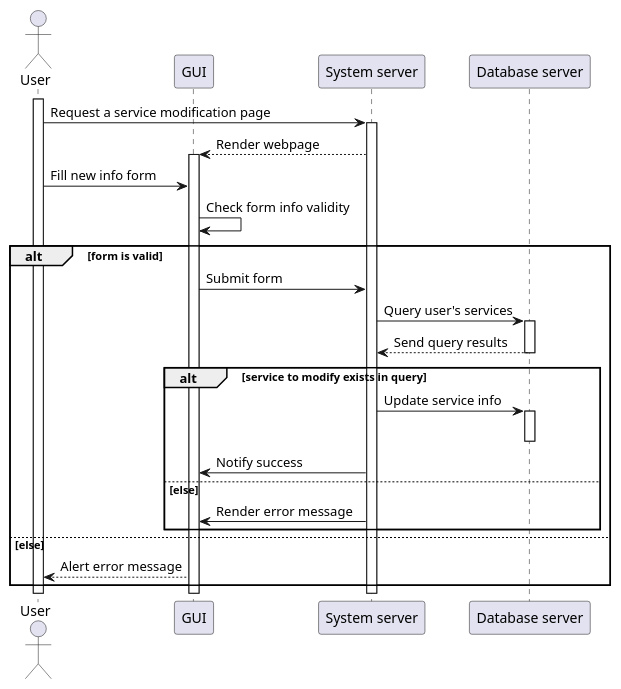
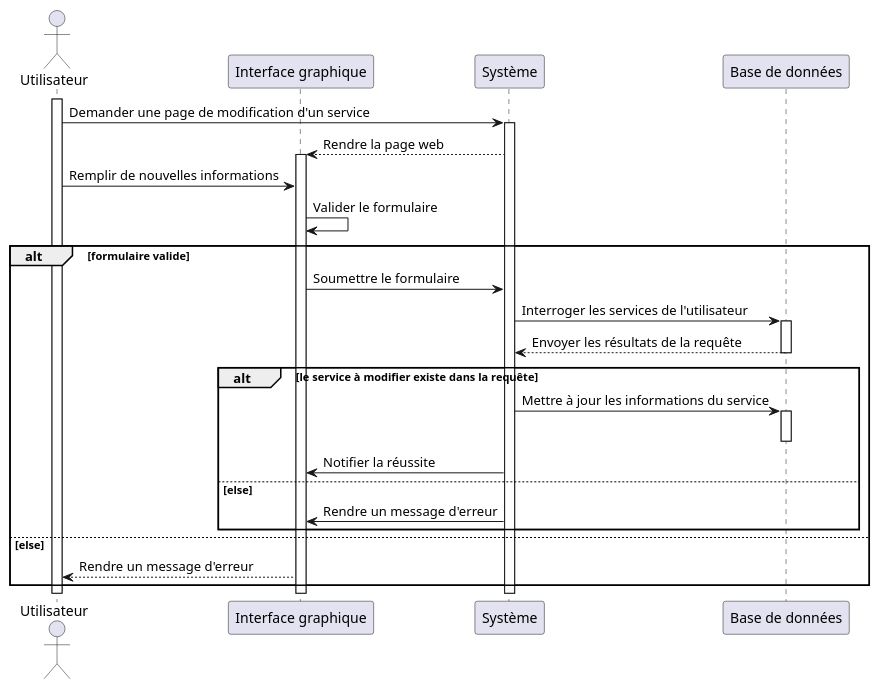
The sixth of 6 diagrams in rapport/uml/plantuml/sequence.pu (techguyseli/touristy), drawn with PlantUML before and after one commit. The commit also changed other lines of this file and 10 other files, not shown here.

Commit message:
fixed all uml

```diff
--- a/rapport/uml/plantuml/sequence.pu
+++ b/rapport/uml/plantuml/sequence.pu
@@ -135,30 +139,30 @@
 @startuml modify_personnal_service
-actor User as usr
-participant "GUI" as fr
-participant "System server" as sys
-participant "Database server" as db
+actor Utilisateur as usr
+participant "Interface graphique" as fr
+participant "Système" as sys
+participant "Base de données" as db
 activate usr
-usr -> sys : Request a service modification page
+usr -> sys : Demander une page de modification d'un service
 activate sys
-sys --> fr : Render webpage
+sys --> fr : Rendre la page web
 activate fr
-usr -> fr : Fill new info form
-fr -> fr : Check form info validity
-alt form is valid
-    fr -> sys : Submit form
-    sys -> db : Query user's services
+usr -> fr : Remplir de nouvelles informations
+fr -> fr : Valider le formulaire
+alt formulaire valide
+    fr -> sys : Soumettre le formulaire
+    sys -> db : Interroger les services de l'utilisateur
     activate db
-    db --> sys : Send query results
+    db --> sys : Envoyer les résultats de la requête
     deactivate db
-    alt service to modify exists in query
-        sys -> db : Update service info
+    alt le service à modifier existe dans la requête
+        sys -> db : Mettre à jour les informations du service
         activate db
         deactivate db
-        sys -> fr : Notify success
+        sys -> fr : Notifier la réussite
     else else
-        sys -> fr : Render error message
+        sys -> fr : Rendre un message d'erreur
     end
 else else
-    fr --> usr : Alert error message
+    fr --> usr : Rendre un message d'erreur
 end
 @enduml
```
